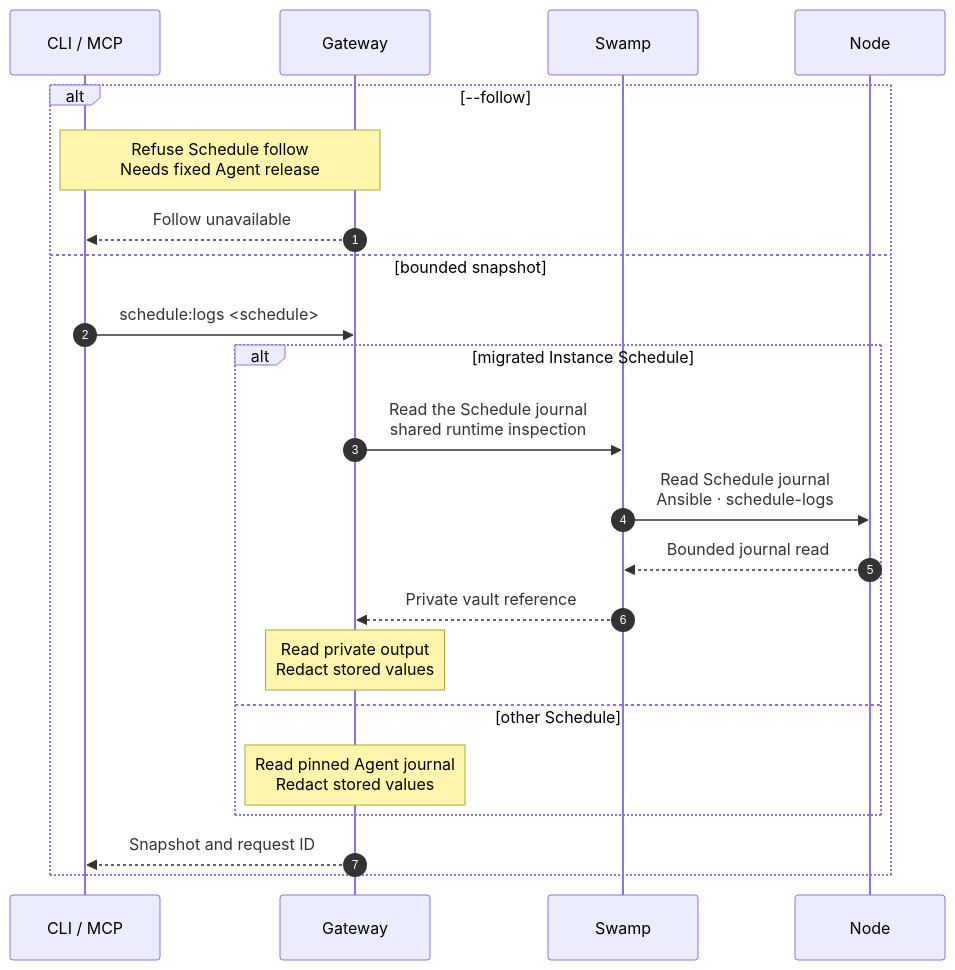
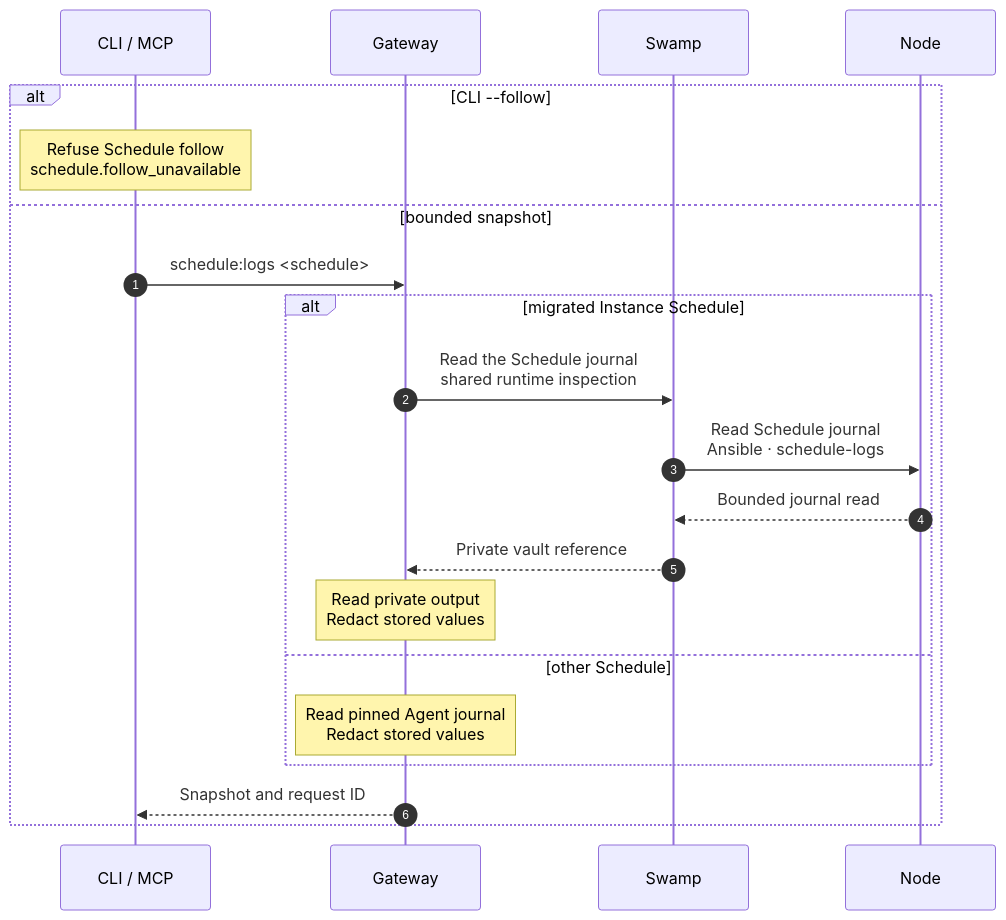
Before and after one commit to hardimpactdev/orbit: the diagram in docs/cli/schedule/logs.mmd, drawn with Mermaid. The commit also changed 20 other files, not shown here.

```diff
--- a/docs/cli/schedule/logs.mmd
+++ b/docs/cli/schedule/logs.mmd
@@ -1,25 +1,24 @@
 sequenceDiagram
   %% status: draft
   %% command: schedule:logs
   %% kind: schedule.logs
   autonumber
   participant CLI as CLI / MCP
   participant GW as Gateway
   participant SW as Swamp
   participant N as Node
-  alt --follow
-    Note over CLI,GW: Refuse Schedule follow<br/>Needs fixed Agent release
-    GW-->>CLI: Follow unavailable
+  alt CLI --follow
+    Note over CLI: Refuse Schedule follow<br/>schedule.follow_unavailable
   else bounded snapshot
     CLI->>GW: schedule:logs <schedule>
     alt migrated Instance Schedule
       GW->>SW: Read the Schedule journal<br/>shared runtime inspection
       SW->>N: Read Schedule journal<br/>Ansible · schedule-logs
       N-->>SW: Bounded journal read
       SW-->>GW: Private vault reference
       Note over GW: Read private output<br/>Redact stored values
     else other Schedule
       Note over GW: Read pinned Agent journal<br/>Redact stored values
     end
     GW-->>CLI: Snapshot and request ID
   end
```
